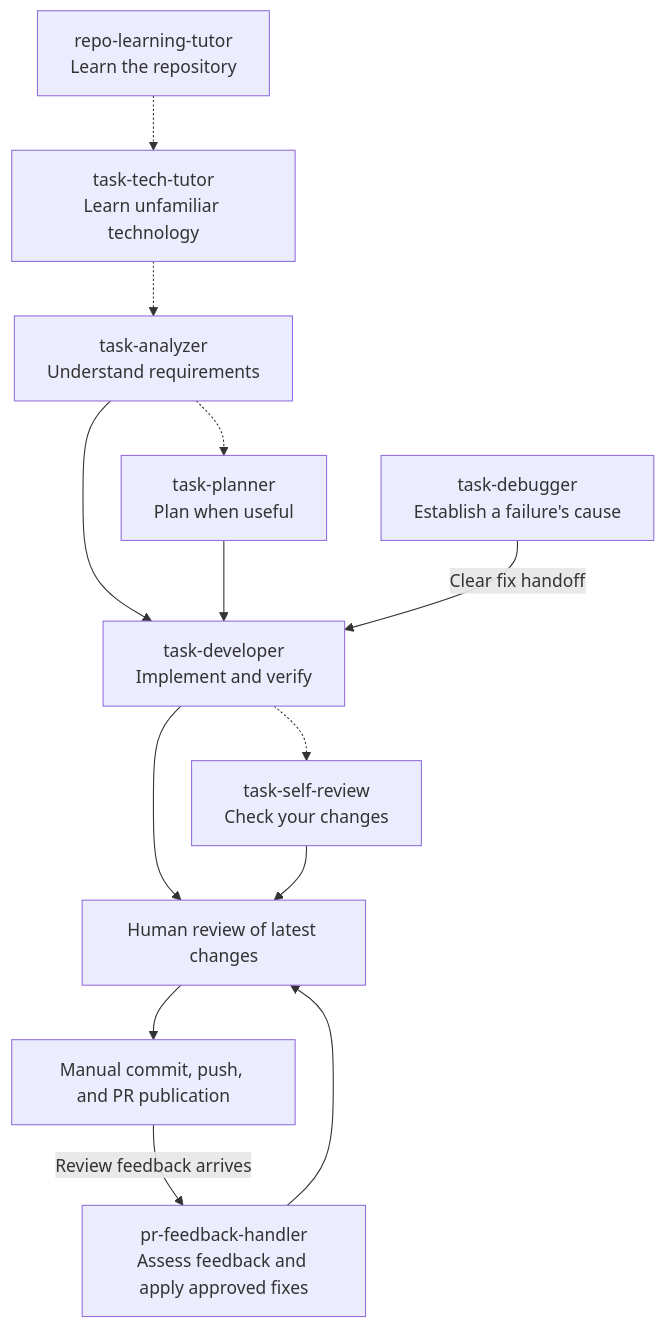
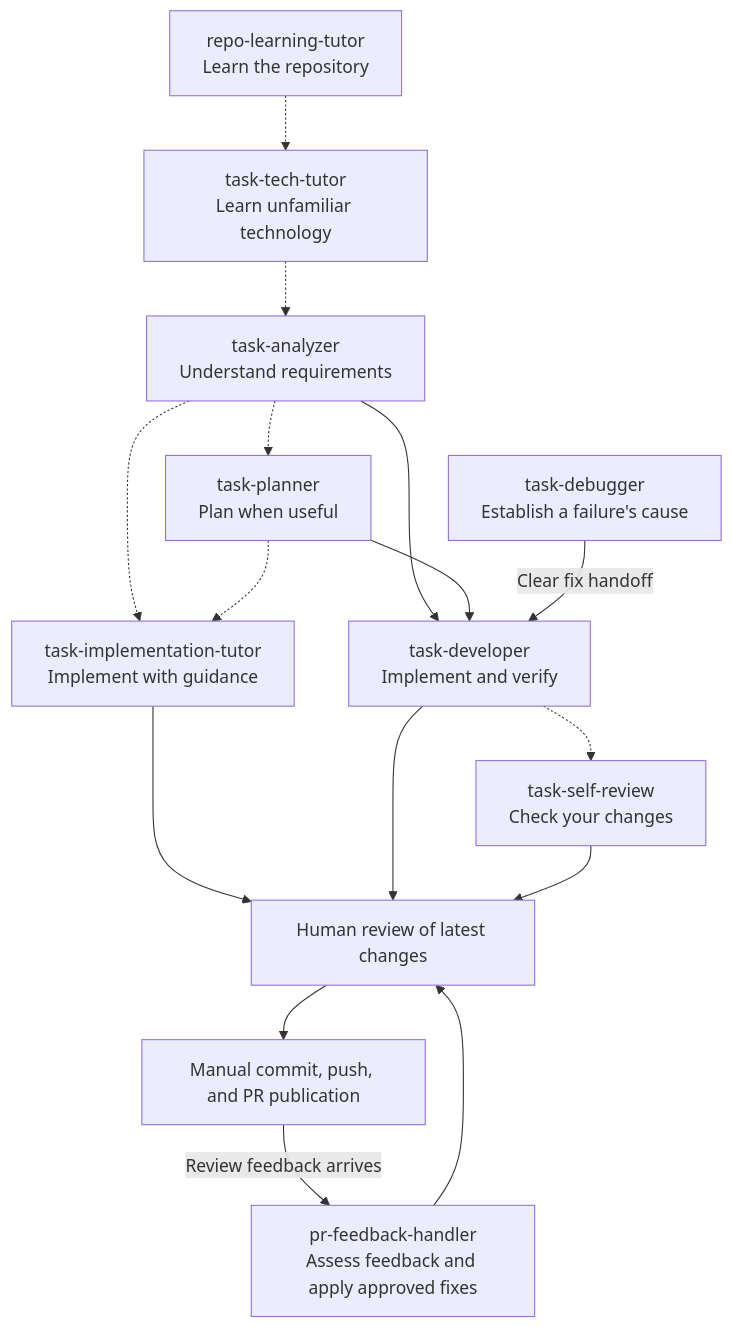
Before and after one commit to alanquintero/human-in-the-dev-loop: the diagram in README.md, drawn with Mermaid. The commit also changed other lines of this file and 5 other files, not shown here.

````diff
--- a/README.md
+++ b/README.md
@@ -55,15 +56,18 @@
 ```mermaid
 flowchart TD
     Repo["repo-learning-tutor<br/>Learn the repository"] -.-> Tech["task-tech-tutor<br/>Learn unfamiliar technology"]
     Tech -.-> Analyze["task-analyzer<br/>Understand requirements"]
     Analyze --> Develop["task-developer<br/>Implement and verify"]
+    Analyze -.-> Tutor["task-implementation-tutor<br/>Implement with guidance"]
     Analyze -.-> Plan["task-planner<br/>Plan when useful"]
     Plan --> Develop
+    Plan -.-> Tutor
+    Tutor --> Human
     Debug["task-debugger<br/>Establish a failure's cause"] -->|Clear fix handoff| Develop
     Develop --> Human["Human review of latest changes"]
     Develop -.-> Self["task-self-review<br/>Check your changes"]
     Self --> Human
     Human --> Publish["Manual commit, push, and PR publication"]
     Publish -->|Review feedback arrives| Feedback["pr-feedback-handler<br/>Assess feedback and apply approved fixes"]
     Feedback --> Human
 ```
````
